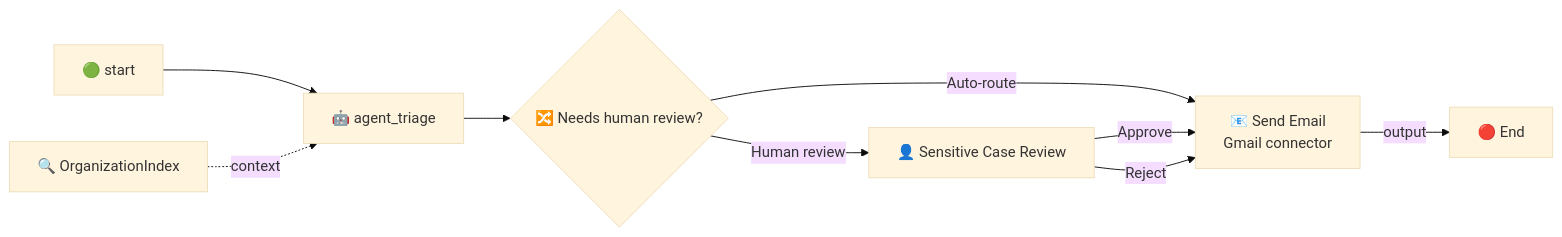
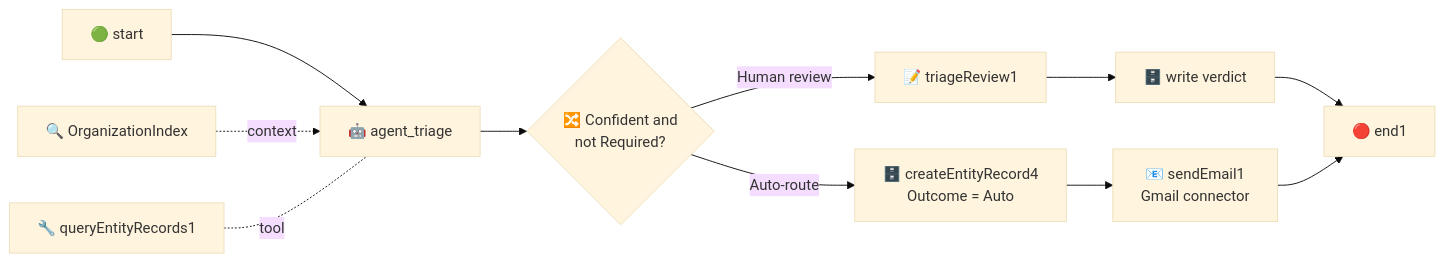
One commit to reitermayer/Fusion2026-CodingAgents changed the diagram in Chapters/13-SendingEmails.md. Above: the diagram before and after it, drawn with Mermaid (base theme). The commit also changed other lines of this file and 1 other file, not shown here.

Commit message:
Chapter 13 reworked for Part 6: the notification email on the Auto branch

````diff
--- a/Chapters/13-SendingEmails.md
+++ b/Chapters/13-SendingEmails.md
@@ -9,11 +9,9 @@
 ```mermaid
 flowchart LR
     S["🟢 start"] --> A["🤖 agent_triage"]
-    A --> D{"🔀 Needs human review?"}
-    D -->|"Human review"| Q["👤 Sensitive Case Review"]
-    D -->|"Auto-route"| M["📧 Send Email<br/>Gmail connector"]
-    Q -->|"Approve"| M
-    Q -->|"Reject"| M
-    M -->|"output"| E["🔴 End"]
+    A --> D{"🔀 Confident and<br/>not Required?"}
+    D -->|"Human review"| Q["📝 triageReview1"] --> W["🗄️ write verdict"] --> E["🔴 end1"]
+    D -->|"Auto-route"| W0["🗄️ createEntityRecord4<br/>Outcome = Auto"] --> M["📧 sendEmail1<br/>Gmail connector"] --> E
     I["🔍 OrganizationIndex"] -.->|"context"| A
+    T["🔧 queryEntityRecords1"] -.-|"tool"| A
 ```
````
